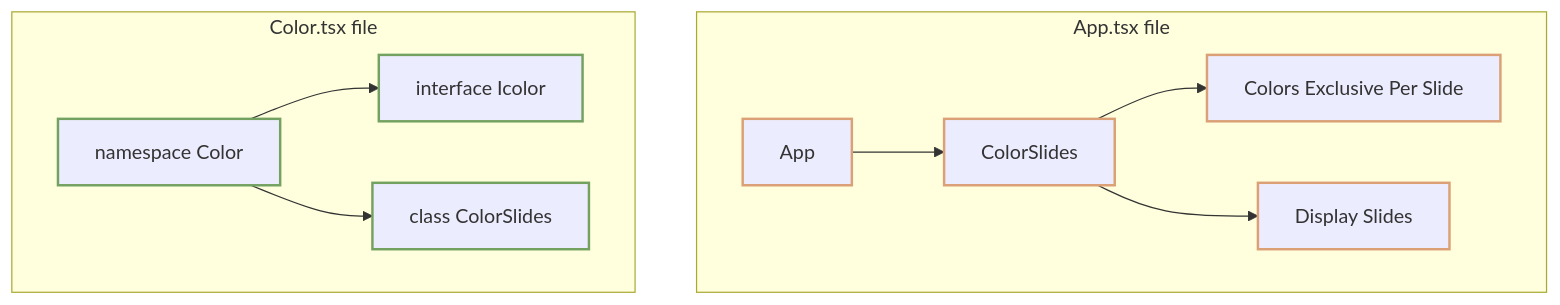
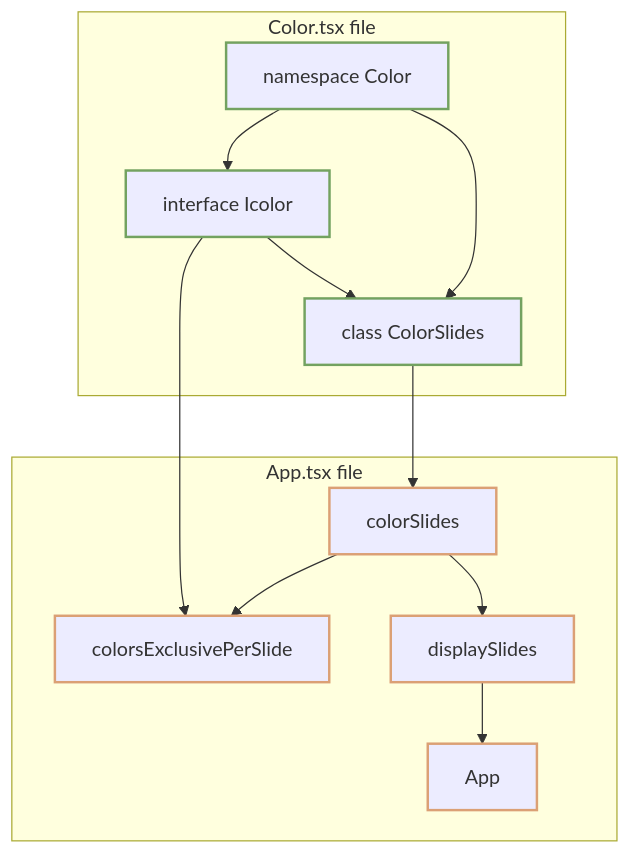
Before and after one commit to obedNuertey1/css-color-slider: the diagram in README.md, drawn with Mermaid. The commit also changed other lines of this file and 5 other files, not shown here.

````diff
--- a/README.md
+++ b/README.md
@@ -41,26 +41,25 @@
 ```mermaid
 graph TD
   subgraph "App.tsx file"
     A[App]
-    B[ColorSlides]
-    C[Colors Exclusive Per Slide]
-    D[Display Slides]
+    B[colorSlides] --> C
+    B --> D
+    C[colorsExclusivePerSlide]
+    D[displaySlides] --> A
   end
   subgraph "Color.tsx file"
     E[namespace Color]
-    F[interface Icolor]
-    G[class ColorSlides]
+    F[interface Icolor] --> C
+    G[class ColorSlides] --> B
+    F --> G
   end
   style A stroke:#DBA075,stroke-width:2px
   style B stroke:#DBA075,stroke-width:2px
   style C stroke:#DBA075,stroke-width:2px
   style D stroke:#DBA075,stroke-width:2px
   style E stroke:#73A260,stroke-width:2px
   style F stroke:#73A260,stroke-width:2px
   style G stroke:#73A260,stroke-width:2px
-  A --> B
-  B --> C
-  B --> D
   E --> F
   E --> G
 ```
````
